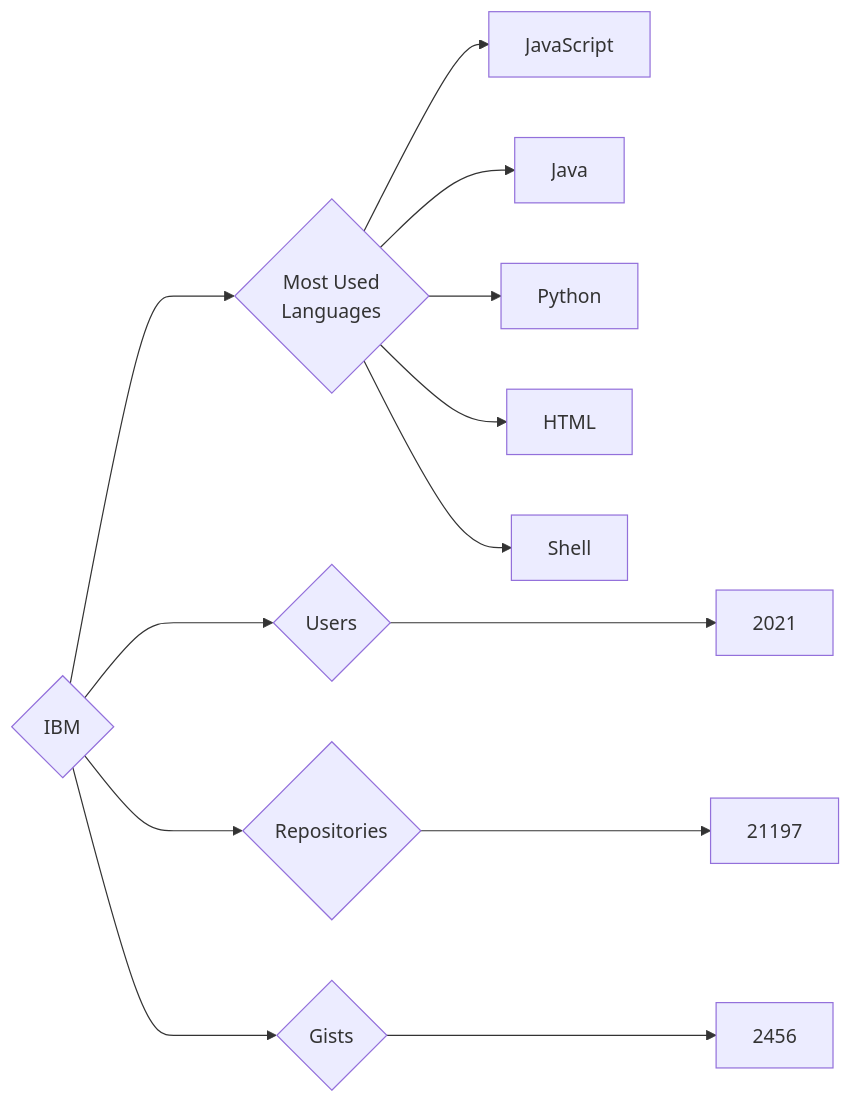
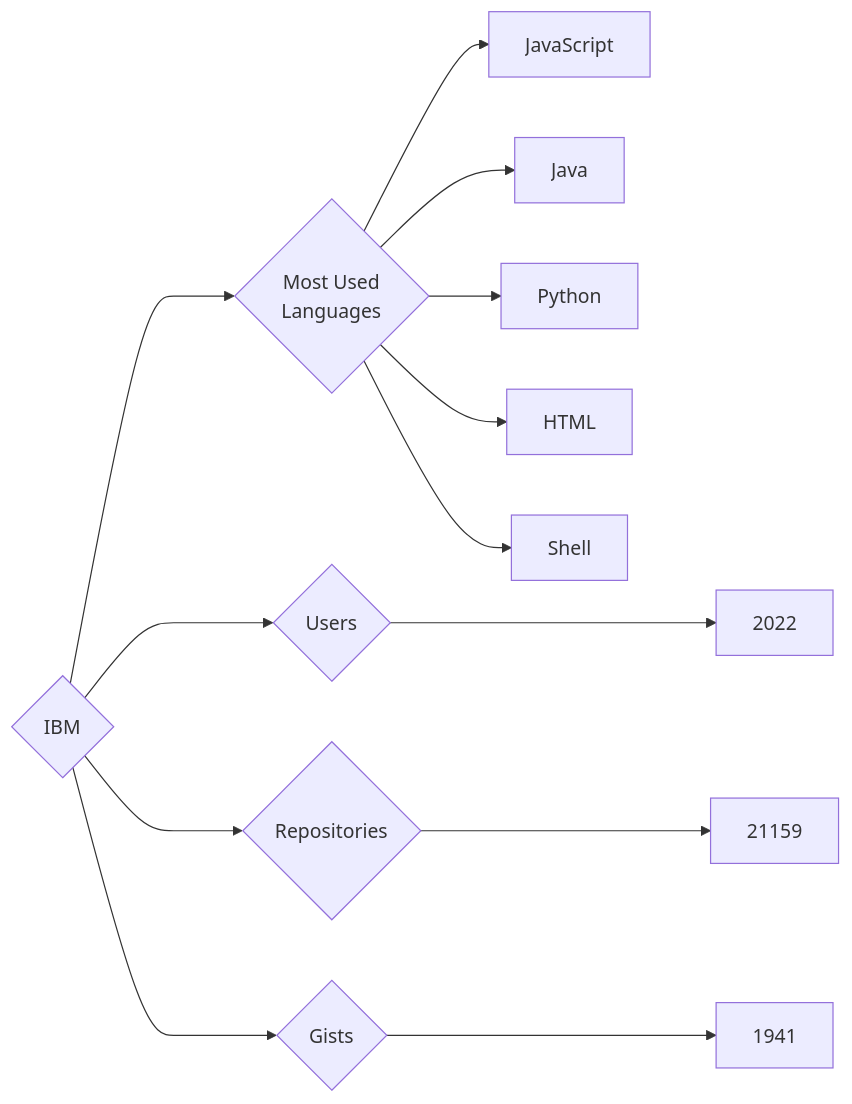
The diagram in targets/IBM/README.md (trickest/insiders), drawn with Mermaid before and after one commit. The commit also changed 930 other files, not shown here.

````diff
--- a/targets/IBM/README.md
+++ b/targets/IBM/README.md
@@ -3,13 +3,13 @@
 ```mermaid
 graph LR
 COMPANY_NAME{IBM}
-COMPANY_NAME ---> U{Users} ---> UN[2021]
-COMPANY_NAME ---> R{Repositories} ---> RN[21197]
-COMPANY_NAME ---> G{Gists} ---> GN[2456]
+COMPANY_NAME ---> U{Users} ---> UN[2022]
+COMPANY_NAME ---> R{Repositories} ---> RN[21159]
+COMPANY_NAME ---> G{Gists} ---> GN[1941]
 COMPANY_NAME ---> ML{Most Used<br>Languages}
 ML --> JavaScript[JavaScript]
 ML --> Java[Java]
 ML --> Python[Python]
 ML --> HTML[HTML]
 ML --> Shell[Shell]
 ```
````
